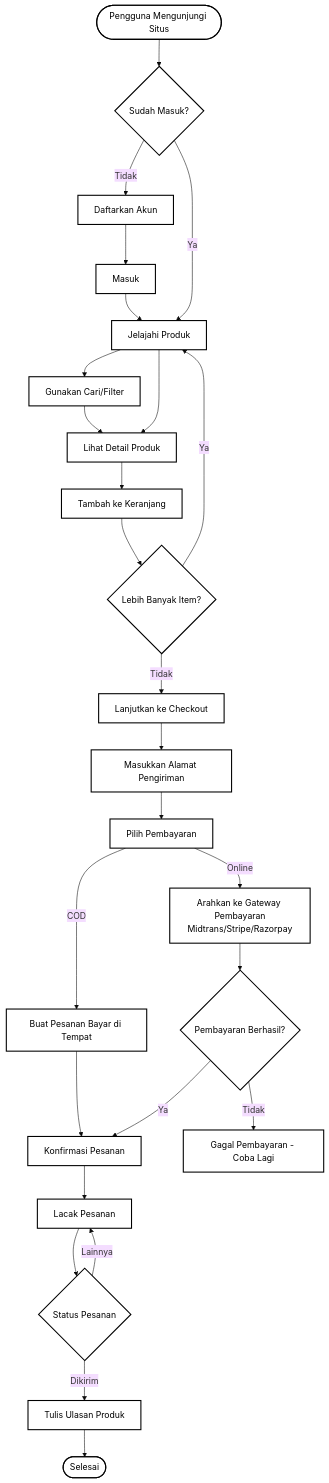
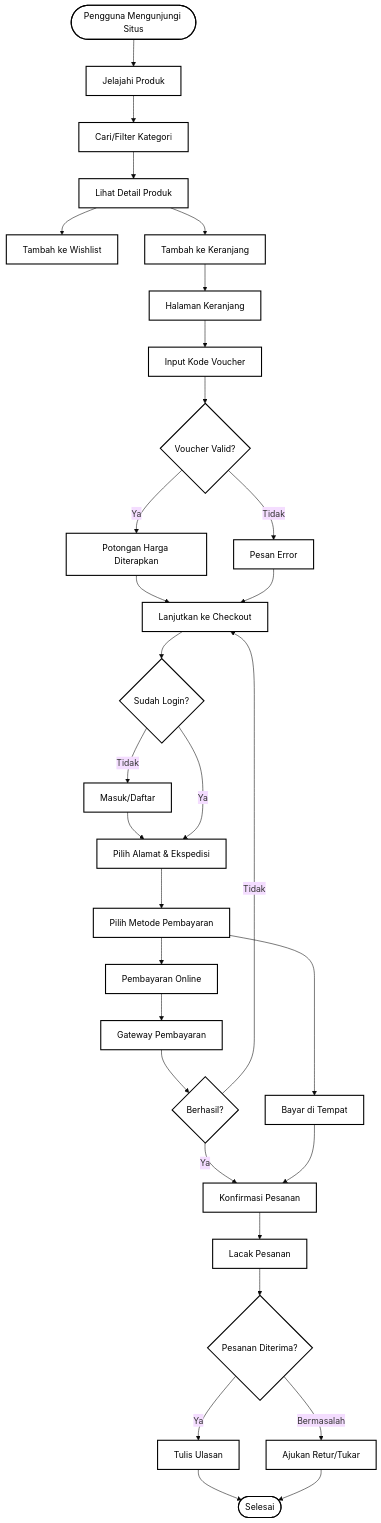
The fourth of 8 diagrams in flowchart.md (Grinti123/gerai-ayra-fullstack), drawn with Mermaid (base theme) before and after one commit. The commit also changed other lines of this file and 229 other files, not shown here.

````diff
--- a/flowchart.md
+++ b/flowchart.md
@@ -112,42 +123,45 @@
 ```mermaid
 flowchart TD
-    Start([Pengguna Mengunjungi Situs]) --> LoginCheck{Sudah Masuk?}
-
-    LoginCheck -->|Tidak| Register[Daftarkan Akun]
-    Register --> Login[Masuk]
-    LoginCheck -->|Ya| Browse[Jelajahi Produk]
-
-    Login --> Browse
-
-    Browse --> Search[Gunakan Cari/Filter]
+    Start([Pengguna Mengunjungi Situs]) --> Browse[Jelajahi Produk]
+    Browse --> Search[Cari/Filter Kategori]
     Search --> ViewProduct[Lihat Detail Produk]
-    Browse --> ViewProduct
-
+    
+    ViewProduct --> Wishlist[Tambah ke Wishlist]
     ViewProduct --> AddToCart[Tambah ke Keranjang]
-    AddToCart --> CartCheck{Lebih Banyak Item?}
-    CartCheck -->|Ya| Browse
-    CartCheck -->|Tidak| Checkout[Lanjutkan ke Checkout]
-
-    Checkout --> Address[Masukkan Alamat Pengiriman]
-    Address --> PaymentMethod[Pilih Pembayaran]
-
-    PaymentMethod -->|COD| PlaceOrderCOD[Buat Pesanan Bayar di Tempat]
-    PaymentMethod -->|Online| PaymentGateway[Arahkan ke Gateway Pembayaran<br/>Midtrans/Stripe/Razorpay]
-
-    PaymentGateway --> PaymentSuccess{Pembayaran Berhasil?}
-    PaymentSuccess -->|Ya| OrderConfirmation[Konfirmasi Pesanan]
-    PaymentSuccess -->|Tidak| PaymentFailed[Gagal Pembayaran - Coba Lagi]
-
-    PlaceOrderCOD --> OrderConfirmation
-
-    OrderConfirmation --> TrackOrder[Lacak Pesanan]
-    TrackOrder --> OrderStatus{Status Pesanan}
-    OrderStatus -->|Dikirim| WriteReview[Tulis Ulasan Produk]
-    OrderStatus -->|Lainnya| TrackOrder
-
-    WriteReview --> End([Selesai])
+    
+    AddToCart --> CartPage[Halaman Keranjang]
+    CartPage --> ApplyVoucher[Input Kode Voucher]
+    ApplyVoucher --> VoucherValid{Voucher Valid?}
+    VoucherValid -->|Ya| Discount[Potongan Harga Diterapkan]
+    VoucherValid -->|Tidak| ErrorMsg[Pesan Error]
+    
+    Discount --> Checkout[Lanjutkan ke Checkout]
+    ErrorMsg --> Checkout
+    
+    Checkout --> LoginCheck{Sudah Login?}
+    LoginCheck -->|Tidak| Login[Masuk/Daftar]
+    Login --> Address[Pilih Alamat & Ekspedisi]
+    LoginCheck -->|Ya| Address
+    
+    Address --> PaymentMethod[Pilih Metode Pembayaran]
+    PaymentMethod --> Online[Pembayaran Online]
+    PaymentMethod --> COD[Bayar di Tempat]
+    
+    Online --> PayGateway[Gateway Pembayaran]
+    PayGateway --> PaySuccess{Berhasil?}
+    PaySuccess -->|Ya| OrderDone[Konfirmasi Pesanan]
+    PaySuccess -->|Tidak| Checkout
+    
+    COD --> OrderDone
+    
+    OrderDone --> Track[Lacak Pesanan]
+    Track --> Received{Pesanan Diterima?}
+    Received -->|Ya| Review[Tulis Ulasan]
+    Received -->|Bermasalah| ReturnRequest[Ajukan Retur/Tukar]
+    
+    Review --> End([Selesai])
+    ReturnRequest --> End
 
     classDef default fill:#ffffff,stroke:#000000,stroke-width:2px,color:#000000
-
-    class Start,End,LoginCheck,Register,Login,Browse,Search,ViewProduct,AddToCart,CartCheck,Checkout,Address,PaymentMethod,PlaceOrderCOD,PaymentGateway,PaymentSuccess,OrderConfirmation,PaymentFailed,TrackOrder,OrderStatus,WriteReview default
+    class Start,End,Browse,Search,ViewProduct,Wishlist,AddToCart,CartPage,ApplyVoucher,VoucherValid,Discount,ErrorMsg,Checkout,LoginCheck,Login,Address,PaymentMethod,Online,COD,PayGateway,PaySuccess,OrderDone,Track,Received,Review,ReturnRequest default
 ```
````
